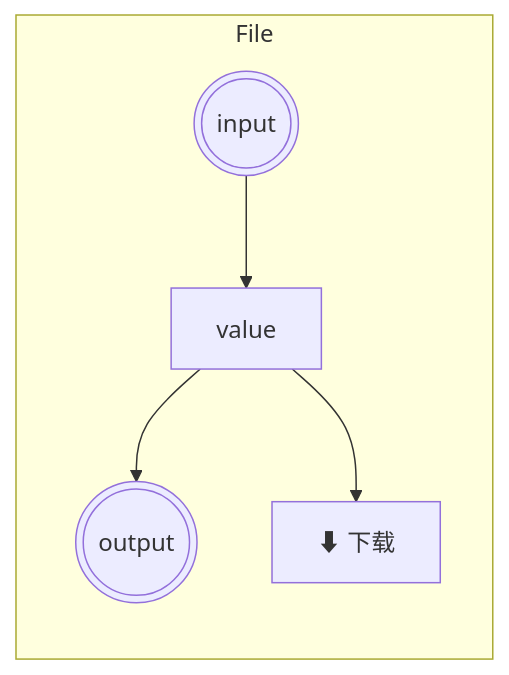
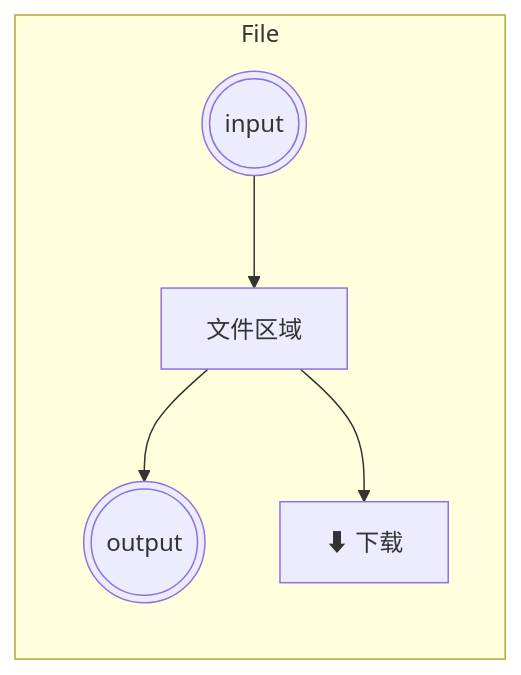
Before and after one commit to sisi0318/tool-website: the fourth of 7 diagrams in docs/product/low-code-canvas.md, drawn with Mermaid. The commit also changed other lines of this file, not shown here.

````diff
--- a/docs/product/low-code-canvas.md
+++ b/docs/product/low-code-canvas.md
@@ -92,8 +96,8 @@
 ```mermaid
 graph LR
     subgraph FileNode ["File"]
-        in((("input"))) --> value["value"]
+        in((("input"))) --> value["文件区域"]
         value --> out((("output")))
         value --> download["⬇ 下载"]
     end
 ```
````
